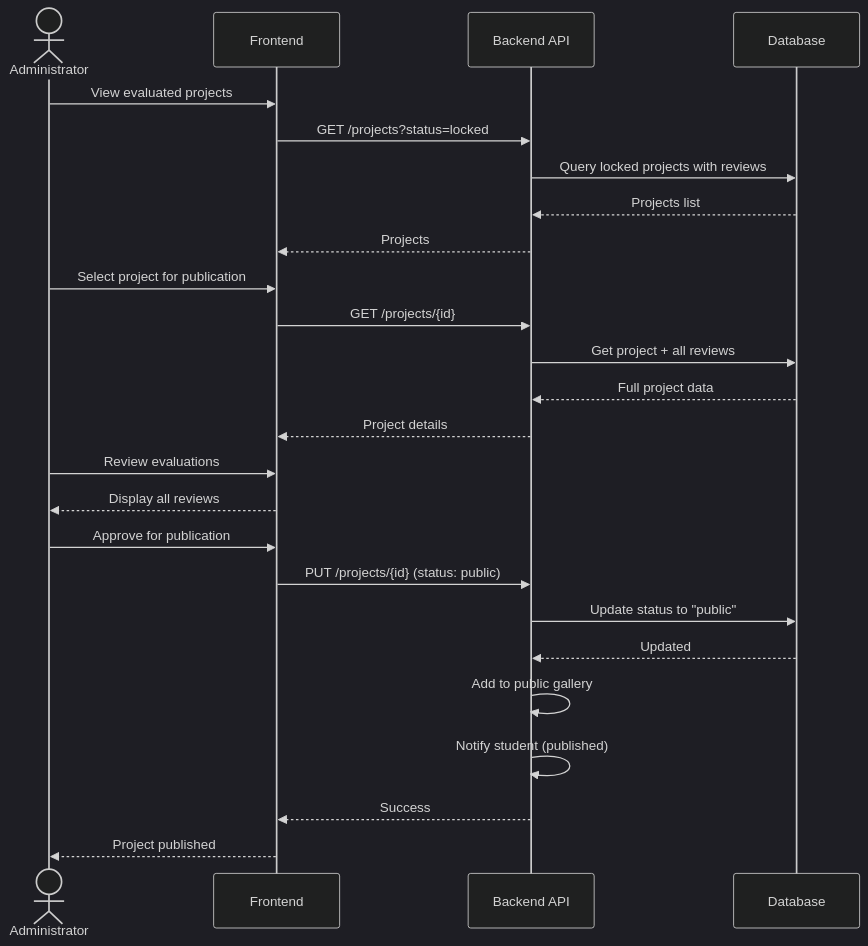
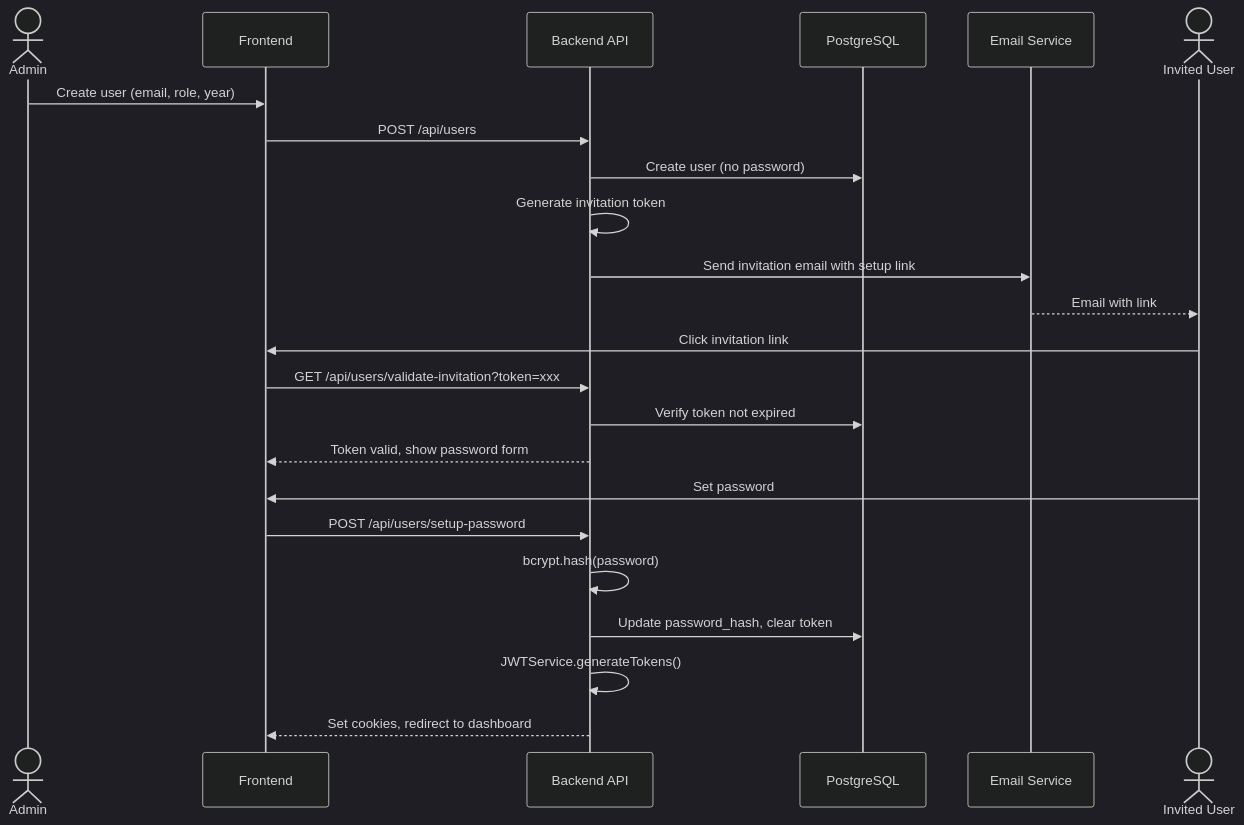
Diagram 12 of 14 in docs/uml-diagrams.md (krxgq/SubmiTheses), drawn with Mermaid (dark theme) before and after one commit. The commit also changed other lines of this file and 21 other files, not shown here.

Commit message:
docs: update documentation and UML diagrams

````diff
--- a/docs/uml-diagrams.md
+++ b/docs/uml-diagrams.md
@@ -435,31 +709,28 @@
 ```mermaid
 sequenceDiagram
-    actor Admin as Administrator
+    actor Admin
     participant UI as Frontend
     participant API as Backend API
-    participant DB as Database
+    participant DB as PostgreSQL
+    participant Email as Email Service
+    actor NewUser as Invited User
 
-    Admin->>UI: View evaluated projects
-    UI->>API: GET /projects?status=locked
-    API->>DB: Query locked projects with reviews
-    DB-->>API: Projects list
-    API-->>UI: Projects
+    Admin->>UI: Create user (email, role, year)
+    UI->>API: POST /api/users
+    API->>DB: Create user (no password)
+    API->>API: Generate invitation token
+    API->>Email: Send invitation email with setup link
+    Email-->>NewUser: Email with link
 
-    Admin->>UI: Select project for publication
-    UI->>API: GET /projects/{id}
-    API->>DB: Get project + all reviews
-    DB-->>API: Full project data
-    API-->>UI: Project details
+    NewUser->>UI: Click invitation link
+    UI->>API: GET /api/users/validate-invitation?token=xxx
+    API->>DB: Verify token not expired
+    API-->>UI: Token valid, show password form
 
-    Admin->>UI: Review evaluations
-    UI-->>Admin: Display all reviews
-
-    Admin->>UI: Approve for publication
-    UI->>API: PUT /projects/{id} (status: public)
-    API->>DB: Update status to "public"
-    DB-->>API: Updated
-    API->>API: Add to public gallery
-    API->>API: Notify student (published)
-    API-->>UI: Success
-    UI-->>Admin: Project published
+    NewUser->>UI: Set password
+    UI->>API: POST /api/users/setup-password
+    API->>API: bcrypt.hash(password)
+    API->>DB: Update password_hash, clear token
+    API->>API: JWTService.generateTokens()
+    API-->>UI: Set cookies, redirect to dashboard
 ```
````
